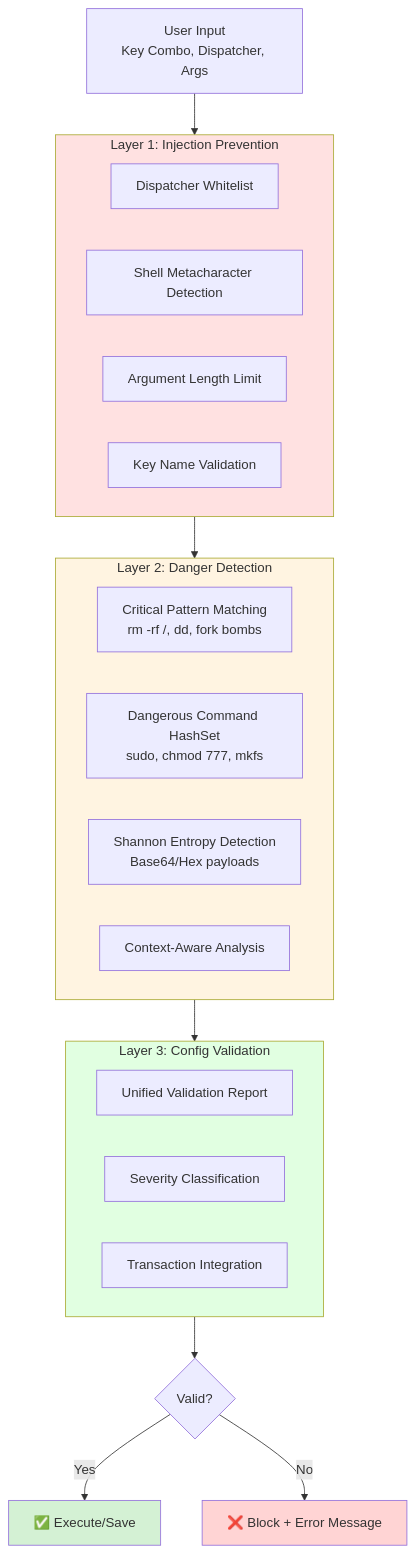
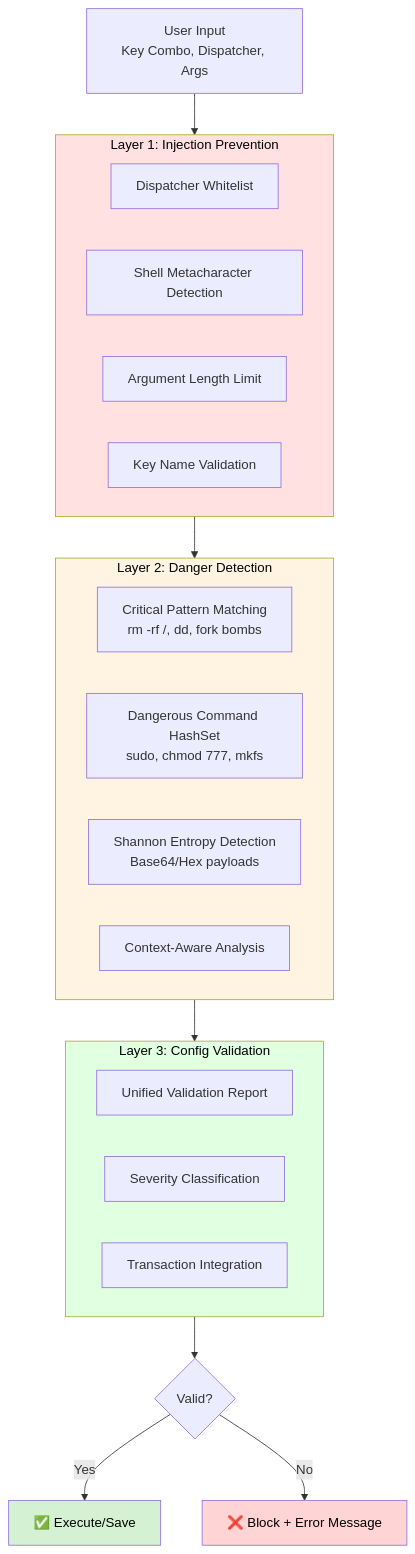
Before and after one commit to tidynest/hypr-keybind-manager: the diagram in SECURITY.md, drawn with Mermaid. The commit also changed 2 other files, not shown here.

Commit message:
docs: improve diagram readability and formatting for v1.0.1
- Add explicit text colour (color:#000) to all Mermaid diagrams for better visibility on GitHub's dark/light themes
- Align file tree structure comments for improved readability
- No functional changes

````diff
--- a/SECURITY.md
+++ b/SECURITY.md
@@ -54,37 +54,37 @@
 ```mermaid
 graph TB
     Input[User Input<br/>Key Combo, Dispatcher, Args]
 
     subgraph Layer1 [Layer 1: Injection Prevention]
         WhitelistCheck[Dispatcher Whitelist]
         MetacharCheck[Shell Metacharacter Detection]
         LengthCheck[Argument Length Limit]
         KeyValidation[Key Name Validation]
     end
 
     subgraph Layer2 [Layer 2: Danger Detection]
         PatternMatch[Critical Pattern Matching<br/>rm -rf /, dd, fork bombs]
         DangerHash[Dangerous Command HashSet<br/>sudo, chmod 777, mkfs]
         EntropyDetect[Shannon Entropy Detection<br/>Base64/Hex payloads]
         ContextAnalysis[Context-Aware Analysis]
     end
 
     subgraph Layer3 [Layer 3: Config Validation]
         UnifiedReport[Unified Validation Report]
         SeverityCheck[Severity Classification]
         TransactionGuard[Transaction Integration]
     end
 
     Input --> Layer1
     Layer1 --> Layer2
     Layer2 --> Layer3
     Layer3 --> Decision{Valid?}
     Decision -->|Yes| Accept[✅ Execute/Save]
     Decision -->|No| Reject[❌ Block + Error Message]
 
-    style Layer1 fill:#ffe1e1
-    style Layer2 fill:#fff4e1
-    style Layer3 fill:#e1ffe1
-    style Accept fill:#d4f1d4
-    style Reject fill:#ffd4d4
+    style Layer1 fill:#ffe1e1,color:#000
+    style Layer2 fill:#fff4e1,color:#000
+    style Layer3 fill:#e1ffe1,color:#000
+    style Accept fill:#d4f1d4,color:#000
+    style Reject fill:#ffd4d4,color:#000
 ```
````
